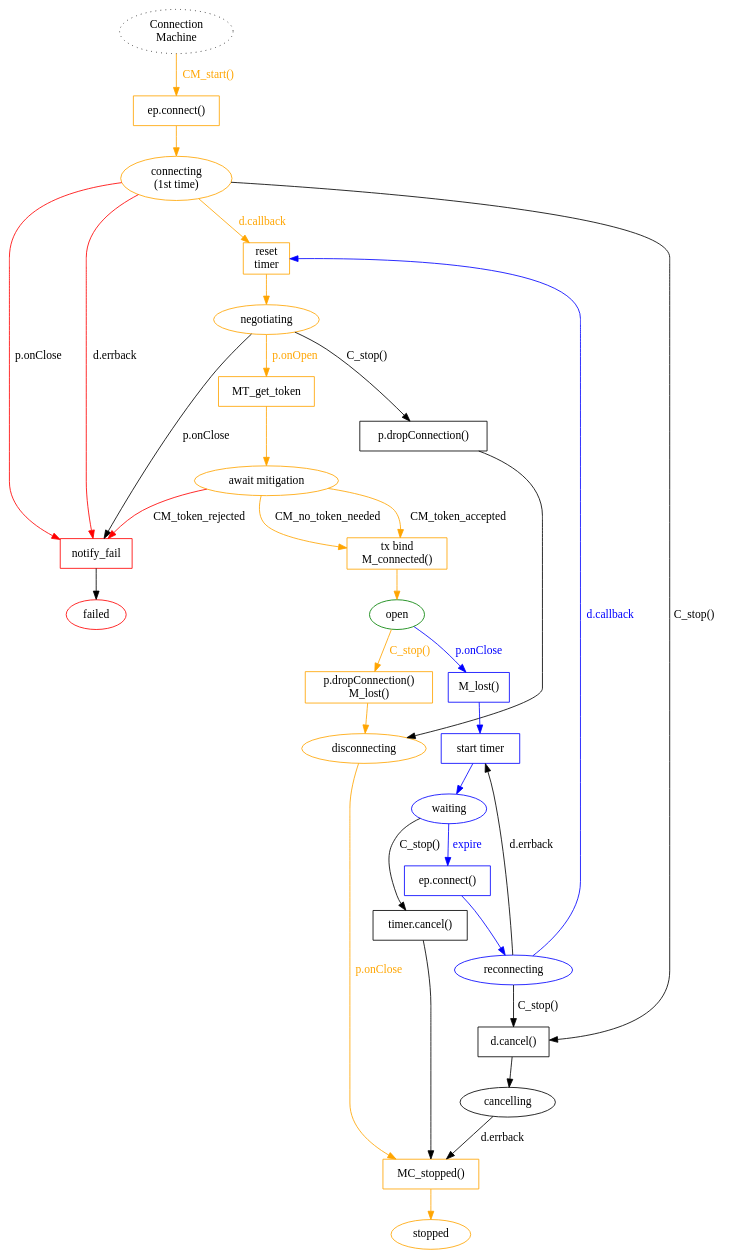
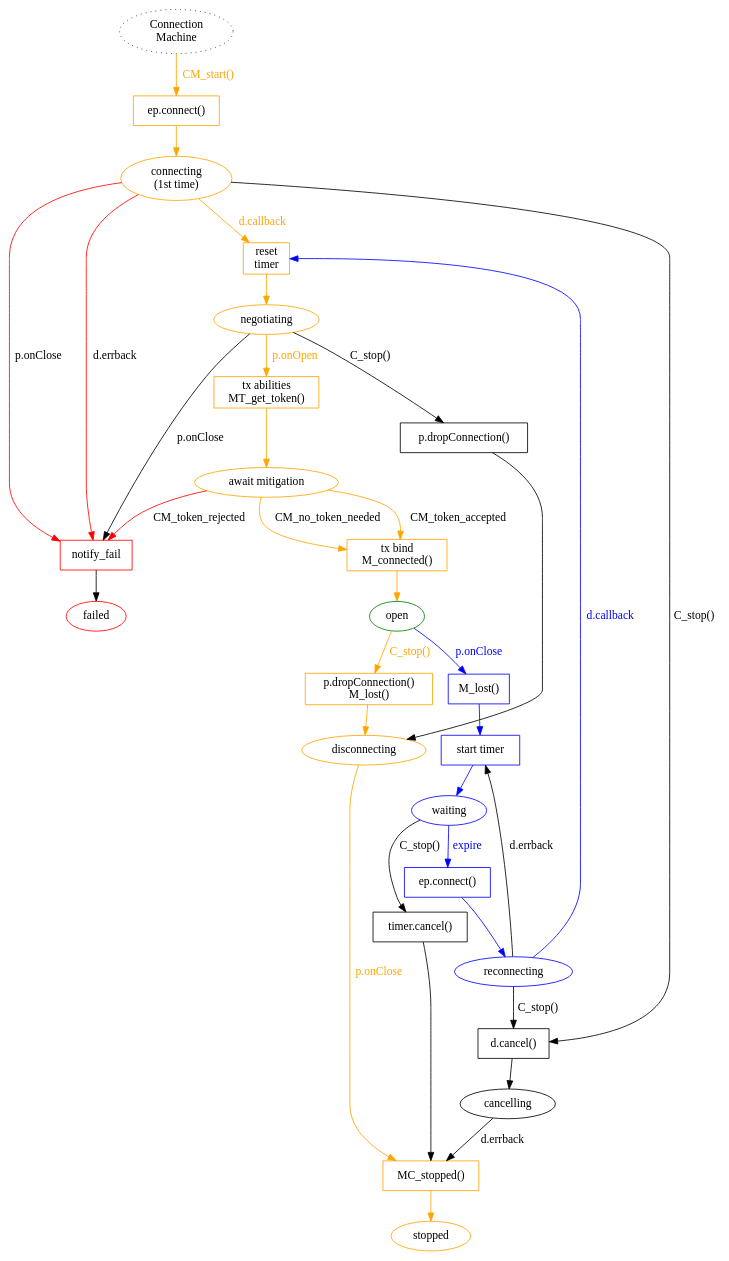
One commit to magic-wormhole/magic-wormhole changed the diagram in docs/state-machines/_connection.dot. Above: the diagram before and after it, drawn with Graphviz.

Commit message:
tweak diagrams

```diff
--- a/docs/state-machines/_connection.dot
+++ b/docs/state-machines/_connection.dot
@@ -1,86 +1,87 @@
 digraph {
         /* note: this is nominally what we want from the machine that
          establishes the WebSocket connection (and re-establishes it when it
          is lost). We aren't using this yet; for now we're relying upon
          twisted.application.internet.ClientService, which does reconnection
          and random exponential backoff.
 
          The one thing it doesn't do is fail entirely when the first
          connection attempt fails, which I think would be good for usability.
          If the first attempt fails, it's probably because you don't have a
          network connection, or the hostname is wrong, or the service has
          been retired entirely. And retrying silently forever is not being
          honest with the user.
 
          So I'm keeping this diagram around, as a reminder of how we'd like
          to modify ClientService. */
 
 
         /* ConnectionMachine */
         C_start [label="Connection\nMachine" style="dotted"]
         C_start -> C_Pc1 [label="CM_start()" color="orange" fontcolor="orange"]
         C_Pc1 [shape="box" label="ep.connect()" color="orange"]
         C_Pc1 -> C_Sc1 [color="orange"]
         C_Sc1 [label="connecting\n(1st time)" color="orange"]
         C_Sc1 -> C_P_reset [label="d.callback" color="orange" fontcolor="orange"]
         C_P_reset [shape="box" label="reset\ntimer" color="orange"]
         C_P_reset -> C_S_negotiating [color="orange"]
         C_Sc1 -> C_P_failed [label="d.errback" color="red"]
         C_Sc1 -> C_P_failed [label="p.onClose" color="red"]
         C_Sc1 -> C_P_cancel [label="C_stop()"]
         C_P_cancel [shape="box" label="d.cancel()"]
         C_P_cancel -> C_S_cancelling
         C_S_cancelling [label="cancelling"]
         C_S_cancelling -> C_P_stopped [label="d.errback"]
 
         C_S_negotiating [label="negotiating" color="orange"]
         C_S_negotiating -> C_P_failed [label="p.onClose"]
-        C_S_negotiating -> C_P_req_mitigation [label="p.onOpen" color="orange" fontcolor="orange"]
+        C_S_negotiating -> C_P_send_abilities [label="p.onOpen" color="orange" fontcolor="orange"]
         C_S_negotiating -> C_P_drop2 [label="C_stop()"]
         C_P_drop2 [shape="box" label="p.dropConnection()"]
         C_P_drop2 -> C_S_disconnecting
 
 # "boxes are actions, circles are states"
 
-        C_P_req_mitigation [shape="box" label="MT_get_token" color="orange"]
-        C_P_req_mitigation -> C_P_await_mitigation [color="orange"]
+        C_P_send_abilities [shape="box" label="tx abilities\nMT_get_token()" color="orange"]
+        C_P_send_abilities -> C_P_await_mitigation [color="orange"]
+
         C_P_await_mitigation [label="await mitigation" color="orange"]
         C_P_await_mitigation -> C_P_connected [label="CM_token_accepted" color="orange"]
         C_P_await_mitigation -> C_P_connected [label="CM_no_token_needed" color="orange"]
         C_P_await_mitigation -> C_P_failed [label="CM_token_rejected" color="red"]
 
         C_P_connected [shape="box" label="tx bind\nM_connected()" color="orange"]
         C_P_connected -> C_S_open [color="orange"]
 
         C_S_open [label="open" color="green"]
         C_S_open -> C_P_lost [label="p.onClose" color="blue" fontcolor="blue"]
         C_S_open -> C_P_drop [label="C_stop()" color="orange" fontcolor="orange"]
         C_P_drop [shape="box" label="p.dropConnection()\nM_lost()" color="orange"]
         C_P_drop -> C_S_disconnecting [color="orange"]
         C_S_disconnecting [label="disconnecting" color="orange"]
         C_S_disconnecting -> C_P_stopped [label="p.onClose" color="orange" fontcolor="orange"]
 
         C_P_lost [shape="box" label="M_lost()" color="blue"]
         C_P_lost -> C_P_wait [color="blue"]
         C_P_wait [shape="box" label="start timer" color="blue"]
         C_P_wait -> C_S_waiting [color="blue"]
         C_S_waiting [label="waiting" color="blue"]
         C_S_waiting -> C_Pc2 [label="expire" color="blue" fontcolor="blue"]
         C_S_waiting -> C_P_stop_timer [label="C_stop()"]
         C_P_stop_timer [shape="box" label="timer.cancel()"]
         C_P_stop_timer -> C_P_stopped
         C_Pc2 [shape="box" label="ep.connect()" color="blue"]
         C_Pc2 -> C_Sc2 [color="blue"]
         C_Sc2 [label="reconnecting" color="blue"]
         C_Sc2 -> C_P_reset [label="d.callback" color="blue" fontcolor="blue"]
         C_Sc2 -> C_P_wait [label="d.errback"]
         C_Sc2 -> C_P_cancel [label="C_stop()"]
 
         C_P_stopped [shape="box" label="MC_stopped()" color="orange"]
         C_P_stopped -> C_S_stopped [color="orange"]
         C_S_stopped [label="stopped" color="orange"]
 
         C_P_failed [shape="box" label="notify_fail" color="red"]
         C_P_failed -> C_S_failed
         C_S_failed [label="failed" color="red"]
 }
```
